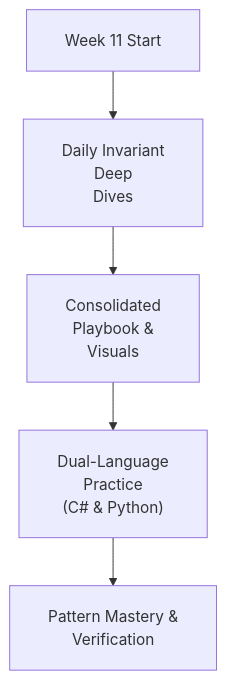
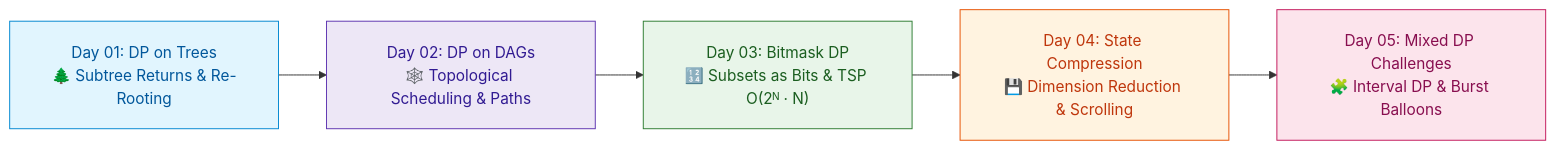
The diagram in week_11_dp_ii_advanced/README.md (dip4k/DSA_102), drawn with Mermaid before and after one commit. The commit also changed other lines of this file and 147 other files, not shown here.

First line of the commit message:
feat(curriculum): enrich Weeks 01-19 instructional modules & resolve repository-wide Mermaid cutoff

````diff
--- a/week_11_dp_ii_advanced/README.md
+++ b/week_11_dp_ii_advanced/README.md
@@ -16,8 +13,14 @@
 ```mermaid
 %%{init: {"flowchart": {"htmlLabels": true, "padding": 20}, "themeCSS": "foreignObject { overflow: visible !important; }"}}%%
-flowchart TD
-    Start["Week 11 Start"] --> Daily["Daily Invariant<br/>Deep<br/>Dives"]
-    Daily --> Playbook["Consolidated<br/>Playbook &<br/>Visuals"]
-    Playbook --> DualLang["Dual-Language<br/>Practice<br/>(C# & Python)"]
-    DualLang --> Mastery["Pattern Mastery &<br/>Verification"]
+flowchart LR
+    D1["Day 01: DP on Trees<br/>🌲 Subtree Returns & Re-Rooting"] --> D2["Day 02: DP on DAGs<br/>🕸️ Topological Scheduling & Paths"]
+    D2 --> D3["Day 03: Bitmask DP<br/>🔢 Subsets as Bits & TSP O(2ᴺ · N)"]
+    D3 --> D4["Day 04: State Compression<br/>💾 Dimension Reduction & Scrolling"]
+    D4 --> D5["Day 05: Mixed DP Challenges<br/>🧩 Interval DP & Burst Balloons"]
+
+    style D1 fill:#e1f5fe,stroke:#0288d1,color:#01579b
+    style D2 fill:#ede7f6,stroke:#5e35b1,color:#311b92
+    style D3 fill:#e8f5e9,stroke:#2e7d32,color:#1b5e20
+    style D4 fill:#fff3e0,stroke:#e65100,color:#bf360c
+    style D5 fill:#fce4ec,stroke:#c2185b,color:#880e4f
 ```
````
